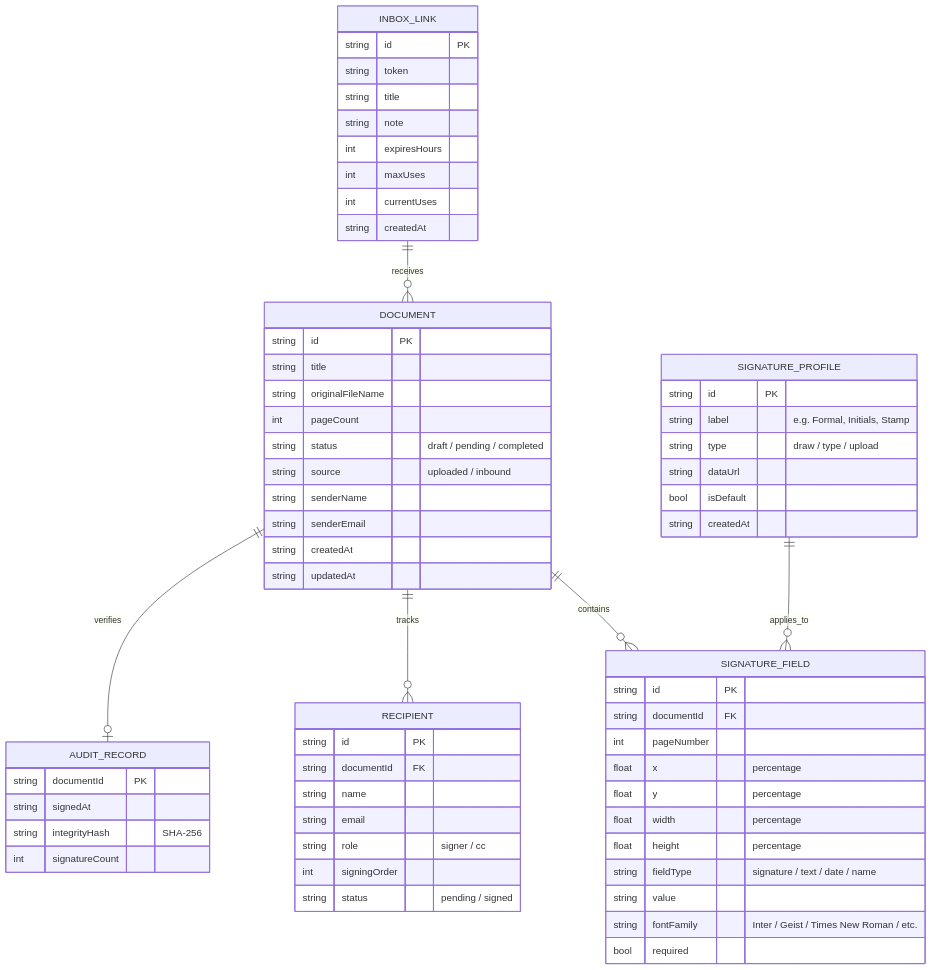
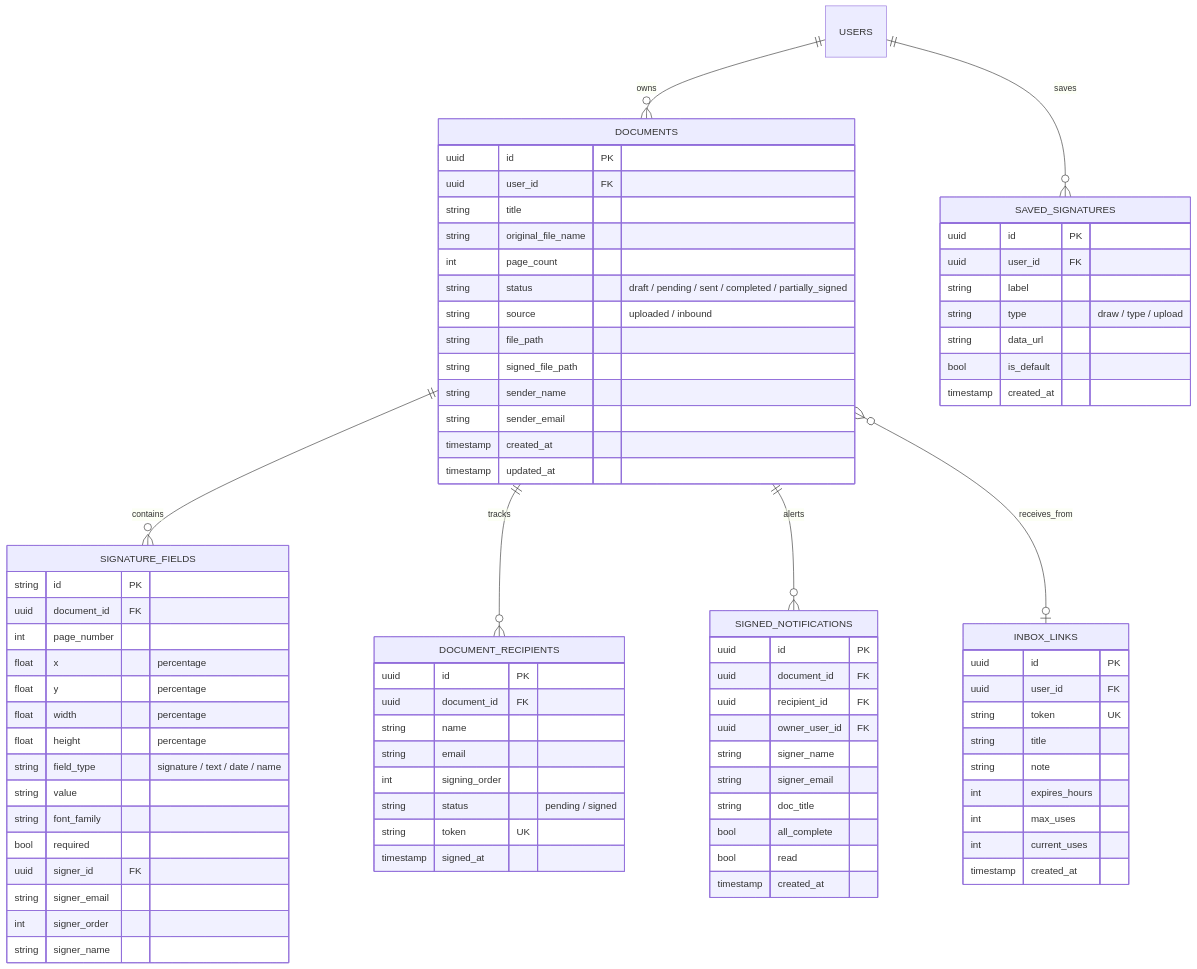
The fourth of 4 diagrams in esign-app-plan.md (nyxieeee/Inky), drawn with Mermaid before and after one commit. The commit also changed other lines of this file, not shown here.

Commit message:
docs: update esign-app-plan.md to reflect current Inky technical architecture, unified inbox, and signer portal

````diff
--- a/esign-app-plan.md
+++ b/esign-app-plan.md
@@ -186,72 +222,89 @@
 ```mermaid
 erDiagram
-    DOCUMENT ||--o{ SIGNATURE_FIELD : contains
-    DOCUMENT ||--o{ RECIPIENT : tracks
-    DOCUMENT ||--o| AUDIT_RECORD : verifies
-    SIGNATURE_PROFILE ||--o{ SIGNATURE_FIELD : applies_to
-    INBOX_LINK ||--o{ DOCUMENT : receives
+    DOCUMENTS ||--o{ SIGNATURE_FIELDS : contains
+    DOCUMENTS ||--o{ DOCUMENT_RECIPIENTS : tracks
+    DOCUMENTS ||--o{ SIGNED_NOTIFICATIONS : alerts
+    DOCUMENTS }o--o| INBOX_LINKS : receives_from
+    USERS ||--o{ DOCUMENTS : owns
+    USERS ||--o{ SAVED_SIGNATURES : saves
 
-    DOCUMENT {
-        string id PK
+    DOCUMENTS {
+        uuid id PK
+        uuid user_id FK
         string title
-        string originalFileName
-        int pageCount
-        string status "draft / pending / completed"
+        string original_file_name
+        int page_count
+        string status "draft / pending / sent / completed / partially_signed"
         string source "uploaded / inbound"
-        string senderName
-        string senderEmail
-        string createdAt
-        string updatedAt
+        string file_path
+        string signed_file_path
+        string sender_name
+        string sender_email
+        timestamp created_at
+        timestamp updated_at
     }
 
-    SIGNATURE_PROFILE {
-        string id PK
-        string label "e.g. Formal, Initials, Stamp"
-        string type "draw / type / upload"
-        string dataUrl
-        bool isDefault
-        string createdAt
+    DOCUMENT_RECIPIENTS {
+        uuid id PK
+        uuid document_id FK
+        string name
+        string email
+        int signing_order
+        string status "pending / signed"
+        string token UK
+        timestamp signed_at
     }
 
-    SIGNATURE_FIELD {
+    SIGNATURE_FIELDS {
         string id PK
-        string documentId FK
-        int pageNumber
+        uuid document_id FK
+        int page_number
         float x "percentage"
         float y "percentage"
         float width "percentage"
         float height "percentage"
-        string fieldType "signature / text / date / name"
+        string field_type "signature / text / date / name"
         string value
-        string fontFamily "Inter / Geist / Times New Roman / etc."
+        string font_family
         bool required
+        uuid signer_id FK
+        string signer_email
+        int signer_order
+        string signer_name
     }
 
-    INBOX_LINK {
-        string id PK
-        string token
+    SIGNED_NOTIFICATIONS {
+        uuid id PK
+        uuid document_id FK
+        uuid recipient_id FK
+        uuid owner_user_id FK
+        string signer_name
+        string signer_email
+        string doc_title
+        bool all_complete
+        bool read
+        timestamp created_at
+    }
+
+    INBOX_LINKS {
+        uuid id PK
+        uuid user_id FK
+        string token UK
         string title
         string note
-        int expiresHours
-        int maxUses
-        int currentUses
-        string createdAt
+        int expires_hours
+        int max_uses
+        int current_uses
+        timestamp created_at
     }
 
-    RECIPIENT {
-        string id PK
-        string documentId FK
-        string name
-        string email
-        string role "signer / cc"
-        int signingOrder
-        string status "pending / signed"
-    }
-
-    AUDIT_RECORD {
-        string documentId PK
-        string signedAt
-        string integrityHash "SHA-256"
-        int signatureCount
+    SAVED_SIGNATURES {
+        uuid id PK
+        uuid user_id FK
+        string label
+        string type "draw / type / upload"
+        string data_url
+        bool is_default
+        timestamp created_at
     }
 ```
````
